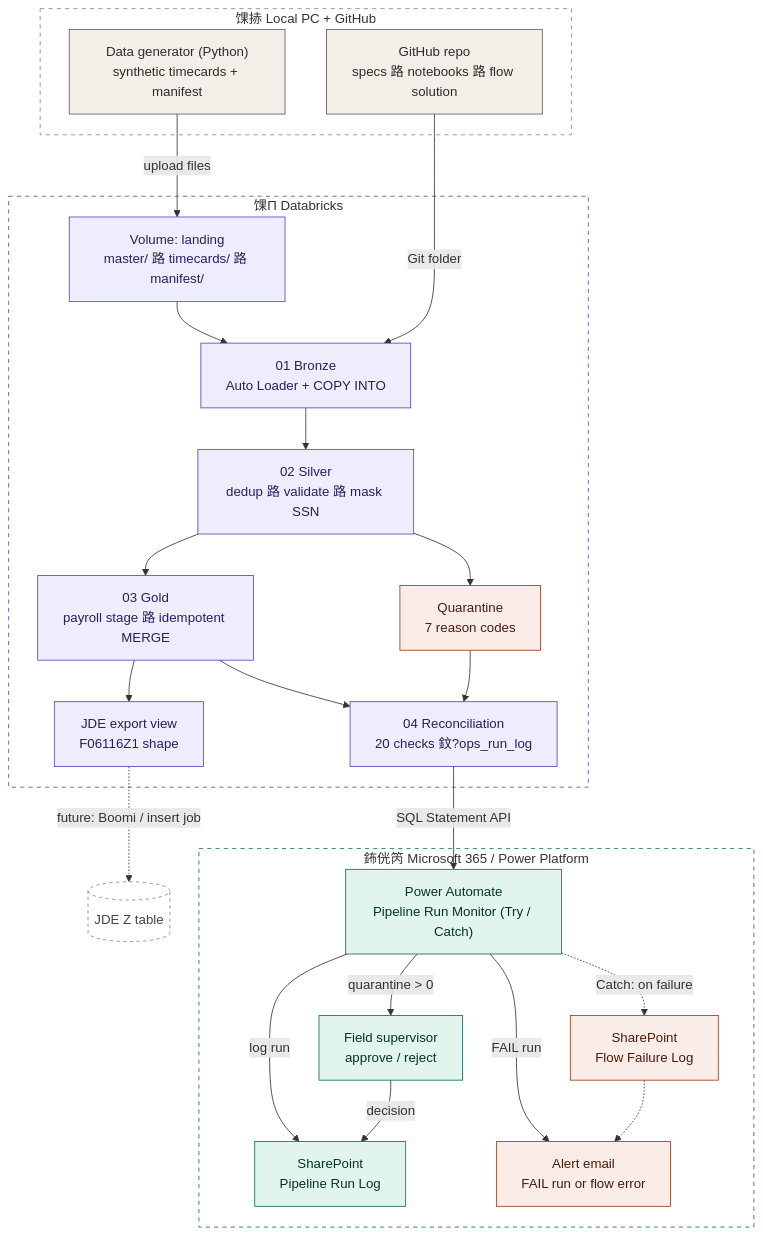
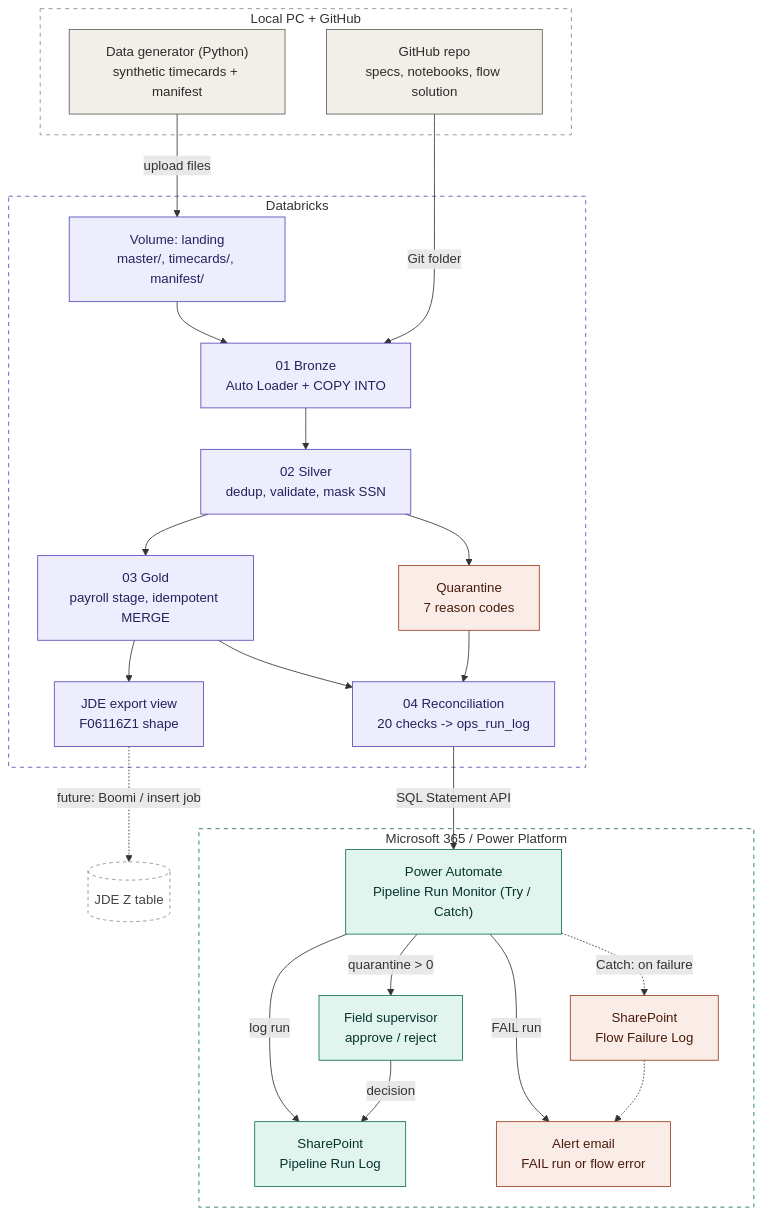
The diagram in README.md (david-edmister-agent/applications-engineer-lab), drawn with Mermaid before and after one commit. The commit also changed other lines of this file, not shown here.

Commit message:
Update README.md for clarity and formatting
Architecture flow diagram

````diff
--- a/README.md
+++ b/README.md
@@ -39,55 +38,55 @@
 ```mermaid
 flowchart TB
-    subgraph LOCAL["馃捇 Local PC + GitHub"]
+    subgraph LOCAL["Local PC + GitHub"]
         GEN["Data generator (Python)<br/>synthetic timecards + manifest"]
-        GH["GitHub repo<br/>specs 路 notebooks 路 flow solution"]
+        GH["GitHub repo<br/>specs, notebooks, flow solution"]
     end
 
-    subgraph DBX["馃П Databricks"]
-        VOL["Volume: landing<br/>master/ 路 timecards/ 路 manifest/"]
+    subgraph DBX["Databricks"]
+        VOL["Volume: landing<br/>master/, timecards/, manifest/"]
         BRZ["01 Bronze<br/>Auto Loader + COPY INTO"]
-        SLV["02 Silver<br/>dedup 路 validate 路 mask SSN"]
+        SLV["02 Silver<br/>dedup, validate, mask SSN"]
         QUA["Quarantine<br/>7 reason codes"]
-        GLD["03 Gold<br/>payroll stage 路 idempotent MERGE"]
+        GLD["03 Gold<br/>payroll stage, idempotent MERGE"]
         JDE["JDE export view<br/>F06116Z1 shape"]
-        REC["04 Reconciliation<br/>20 checks 鈫?ops_run_log"]
+        REC["04 Reconciliation<br/>20 checks -> ops_run_log"]
     end
 
-    subgraph M365["鈽侊笍 Microsoft 365 / Power Platform"]
+    subgraph M365["Microsoft 365 / Power Platform"]
         FLOW["Power Automate<br/>Pipeline Run Monitor (Try / Catch)"]
         SPL["SharePoint<br/>Pipeline Run Log"]
         SUP["Field supervisor<br/>approve / reject"]
         ALR["Alert email<br/>FAIL run or flow error"]
         FFL["SharePoint<br/>Flow Failure Log"]
     end
 
     GEN -- "upload files" --> VOL
     GH -- "Git folder" --> BRZ
     VOL --> BRZ --> SLV --> GLD --> JDE
     SLV --> QUA
     GLD --> REC
     QUA --> REC
     REC -- "SQL Statement API" --> FLOW
     FLOW -- "log run" --> SPL
-    FLOW -- "quarantine > 0" --> SUP
+    FLOW -- "quarantine &gt; 0" --> SUP
     SUP -- "decision" --> SPL
     FLOW -- "FAIL run" --> ALR
     FLOW -. "Catch: on failure" .-> FFL
     FFL -.-> ALR
     JDE -. "future: Boomi / insert job" .-> ZT[("JDE Z table")]
 
     classDef local fill:#F1EFE8,stroke:#5F5E5A,color:#2C2C2A
     classDef dbx fill:#EEEDFE,stroke:#534AB7,color:#26215C
     classDef m365 fill:#E1F5EE,stroke:#0F6E56,color:#04342C
     classDef warn fill:#FAECE7,stroke:#993C1D,color:#4A1B0C
     classDef future fill:#FFFFFF,stroke:#888780,color:#444441,stroke-dasharray: 4 4
     class GEN,GH local
     class VOL,BRZ,SLV,GLD,JDE,REC dbx
     class QUA warn
     class FLOW,SPL,SUP m365
     class ALR,FFL warn
     class ZT future
     style LOCAL fill:transparent,stroke:#888780,stroke-dasharray: 5 5
     style DBX fill:transparent,stroke:#534AB7,stroke-dasharray: 5 5
     style M365 fill:transparent,stroke:#0F6E56,stroke-dasharray: 5 5
 ```
````
